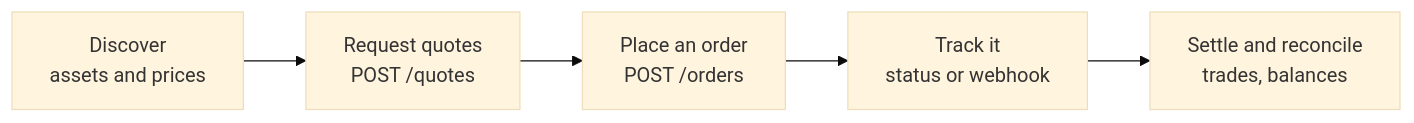
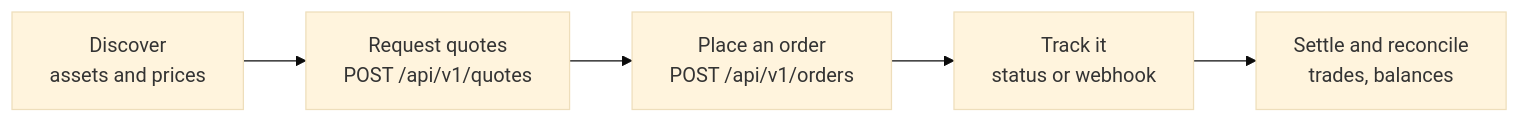
Before and after one commit to TetraFi/docs: the diagram in overview.mdx, drawn with Mermaid (base theme). The commit also changed other lines of this file and 23 other files, not shown here.

````diff
--- a/overview.mdx
+++ b/overview.mdx
@@ -8,7 +8,7 @@
 ```mermaid
 flowchart LR
-  A["Discover<br/>assets and prices"] --> B["Request quotes<br/>POST /quotes"]
-  B --> C["Place an order<br/>POST /orders"]
+  A["Discover<br/>assets and prices"] --> B["Request quotes<br/>POST /api/v1/quotes"]
+  B --> C["Place an order<br/>POST /api/v1/orders"]
   C --> D["Track it<br/>status or webhook"]
   D --> E["Settle and reconcile<br/>trades, balances"]
 ```
````
